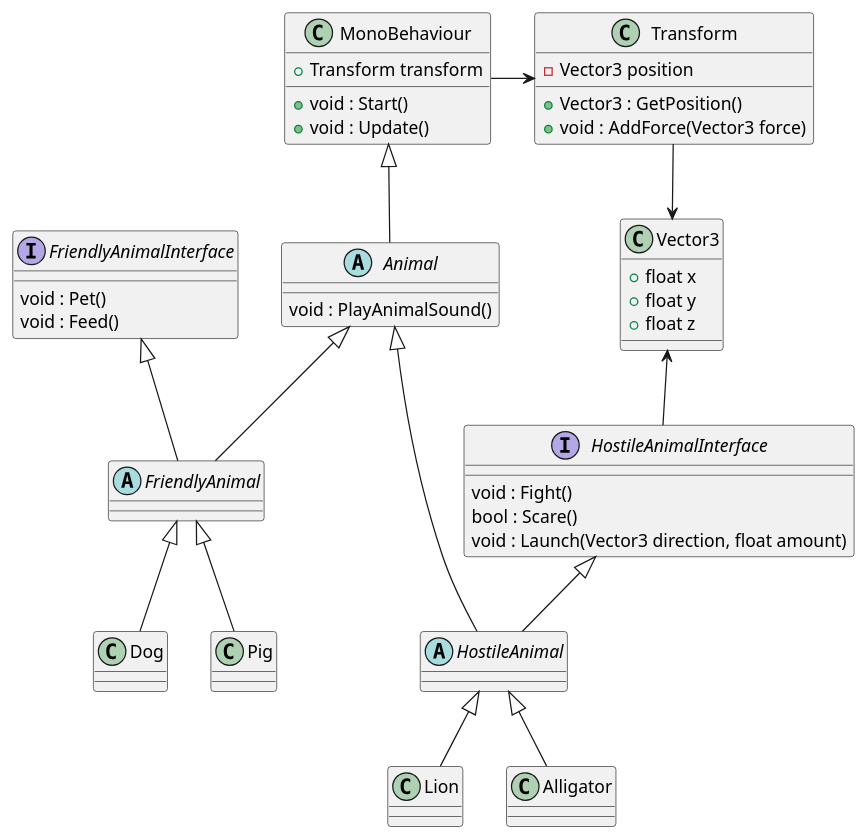
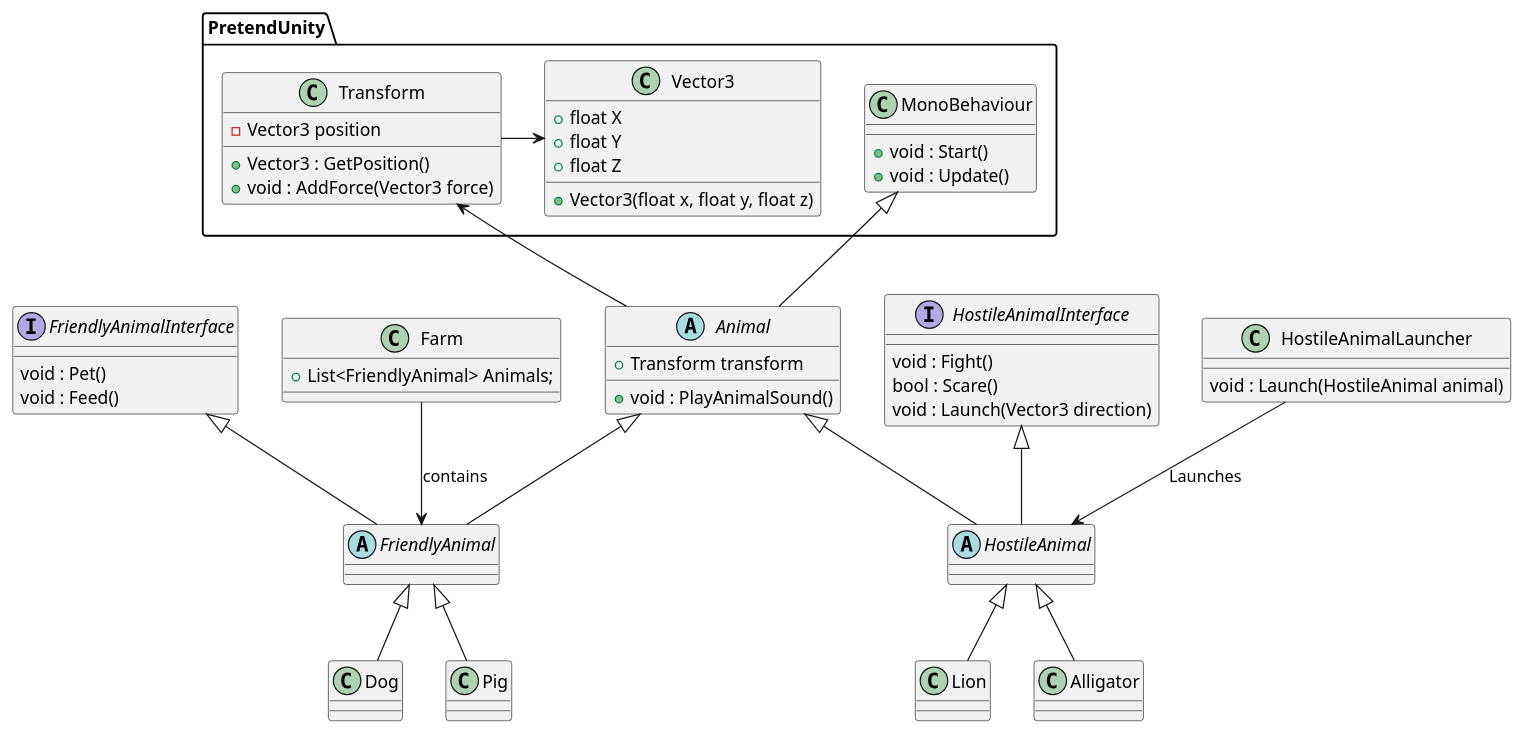
The diagram in 9_Assignment/Design.puml (mjesper90/CSharp), drawn with PlantUML before and after one commit. The commit also changed 11 other files, not shown here.

```diff
--- a/9_Assignment/Design.puml
+++ b/9_Assignment/Design.puml
@@ -1,78 +1,89 @@
 @startuml
+namespace PretendUnity {
+    class MonoBehaviour {
+        + void : Start()
+        + void : Update()
+    }
 
-class MonoBehaviour {
-    + Transform transform
-    + void : Start()
-    + void : Update()
+    class Transform {
+        - Vector3 position
+        + Vector3 : GetPosition()
+        + void : AddForce(Vector3 force)
+    }
+
+    class Vector3 {
+        + float X
+        + float Y
+        + float Z
+        + Vector3(float x, float y, float z)
+    }
 }
-
-class Transform {
-    - Vector3 position
-    + Vector3 : GetPosition()
-    + void : AddForce(Vector3 force)
-}
-
-class Vector3 {
-    + float x
-    + float y
-    + float z
-}
-
 abstract Animal {
-    void : PlayAnimalSound() 
+    + Transform transform 
+    + void : PlayAnimalSound() 
     
 }
 
 class Dog {
    
 }
 
 class Pig {
    
 }
 
 abstract FriendlyAnimal {
 
 }
 
 abstract HostileAnimal {
 
 }
 
 class Lion {
 
 }
 
 Class Alligator {
 
 }
 
+Class HostileAnimalLauncher {
+    void : Launch(HostileAnimal animal)
+}
+
+Class Farm {
+    + List<FriendlyAnimal> Animals;
+}
+
 interface FriendlyAnimalInterface {
     void : Pet()
     void : Feed()
 }
 
 interface HostileAnimalInterface {
     void : Fight()
     bool : Scare()
-    void : Launch(Vector3 direction, float amount)
+    void : Launch(Vector3 direction)
 }
 
-
+Farm --> FriendlyAnimal : contains
 
 FriendlyAnimal -up-|> Animal
 FriendlyAnimal -up-|> FriendlyAnimalInterface
 Dog -up-|> FriendlyAnimal
 Pig -up-|> FriendlyAnimal
 
+HostileAnimalLauncher --> HostileAnimal : Launches
+
 HostileAnimal -up-|> Animal
 HostileAnimal -up-|> HostileAnimalInterface
 Lion -up-|> HostileAnimal
 Alligator -up-|> HostileAnimal
 
-Animal -up-|> MonoBehaviour
-MonoBehaviour -right-> Transform
-Transform --> Vector3
-HostileAnimalInterface -up-> Vector3
+Animal -up-|> PretendUnity.MonoBehaviour
+Animal -up-> PretendUnity.Transform
+PretendUnity.Transform -right-> PretendUnity.Vector3
+
 
 @enduml
```
